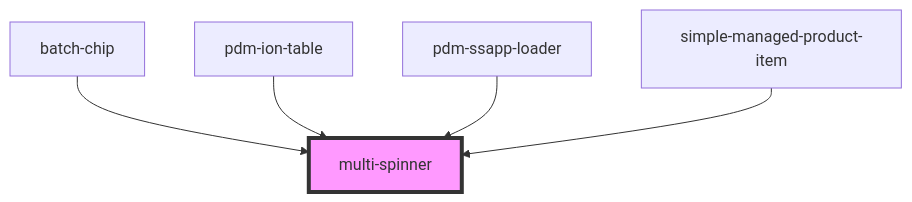
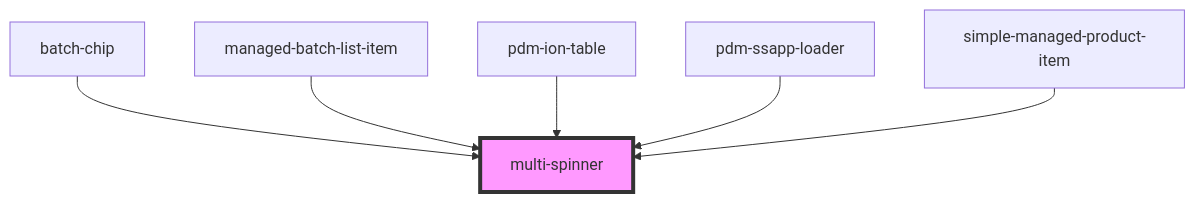
The diagram in pdm-web-components/src/components/multi-spinner/readme.md (PharmaLedger-IMI/fgt-workspace), drawn with Mermaid before and after one commit. The commit also changed other lines of this file and 55 other files, not shown here.

````diff
--- a/pdm-web-components/src/components/multi-spinner/readme.md
+++ b/pdm-web-components/src/components/multi-spinner/readme.md
@@ -25,8 +26,9 @@
 ```mermaid
 graph TD;
   batch-chip --> multi-spinner
+  managed-batch-list-item --> multi-spinner
   pdm-ion-table --> multi-spinner
   pdm-ssapp-loader --> multi-spinner
   simple-managed-product-item --> multi-spinner
   style multi-spinner fill:#f9f,stroke:#333,stroke-width:4px
 ```
````
